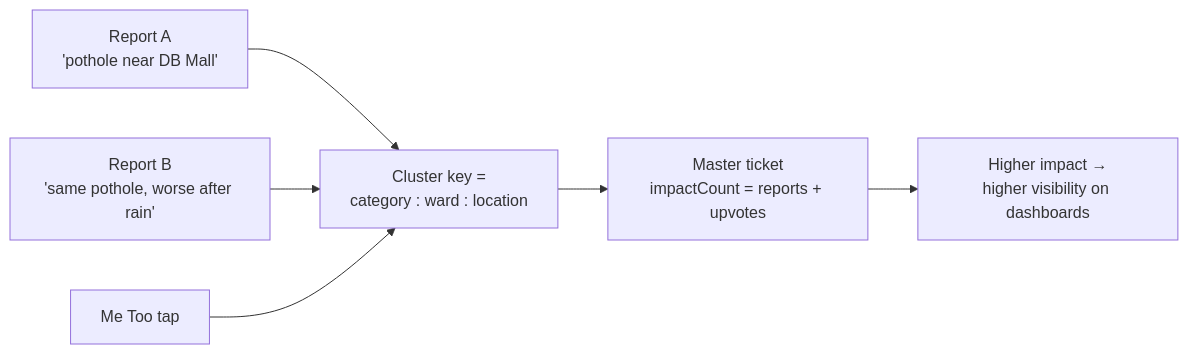
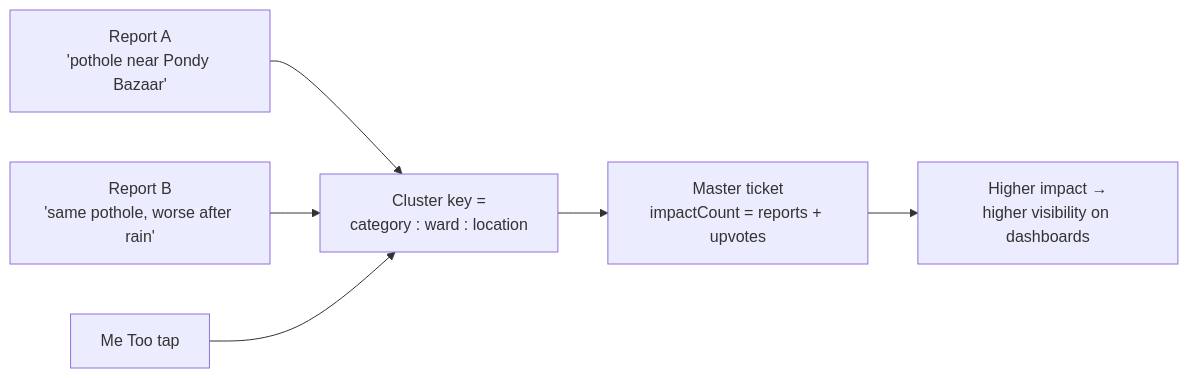
One commit to ShivamBwaj/smart-grievance-system changed the eighth of 9 diagrams in docs/PRODUCT-OVERVIEW.md. Above: the diagram before and after it, drawn with Mermaid. The commit also changed other lines of this file and 26 other files, not shown here.

````diff
--- a/docs/PRODUCT-OVERVIEW.md
+++ b/docs/PRODUCT-OVERVIEW.md
@@ -187,8 +187,8 @@
 ```mermaid
 flowchart LR
-    R1["Report A<br/>'pothole near DB Mall'"] --> CK["Cluster key =<br/>category : ward : location"]
+    R1["Report A<br/>'pothole near Pondy Bazaar'"] --> CK["Cluster key =<br/>category : ward : location"]
     R2["Report B<br/>'same pothole, worse after rain'"] --> CK
     R3["Me Too tap"] --> CK
     CK --> MASTER["Master ticket<br/>impactCount = reports + upvotes"]
     MASTER --> PRIO["Higher impact →<br/>higher visibility on dashboards"]
 ```
````
